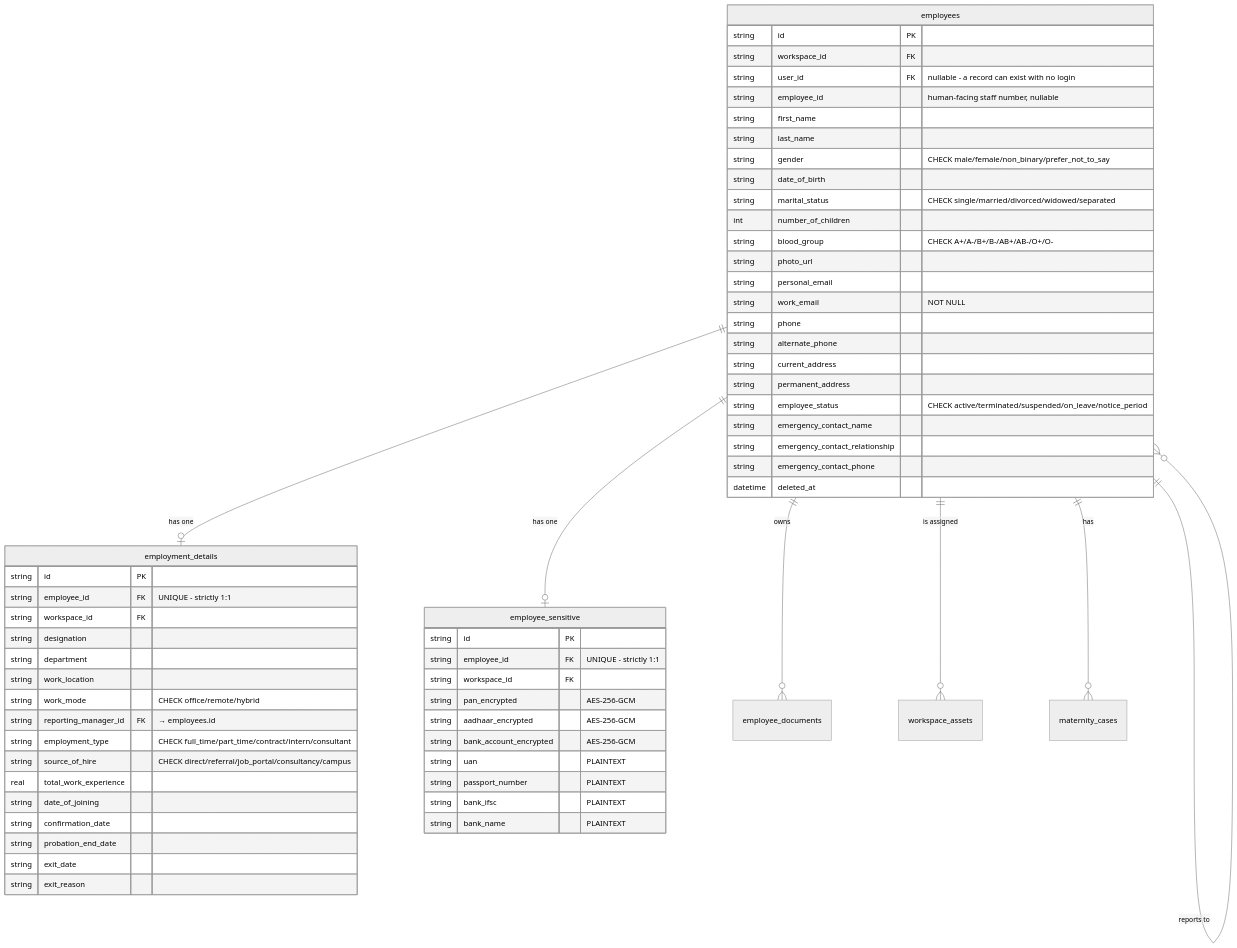
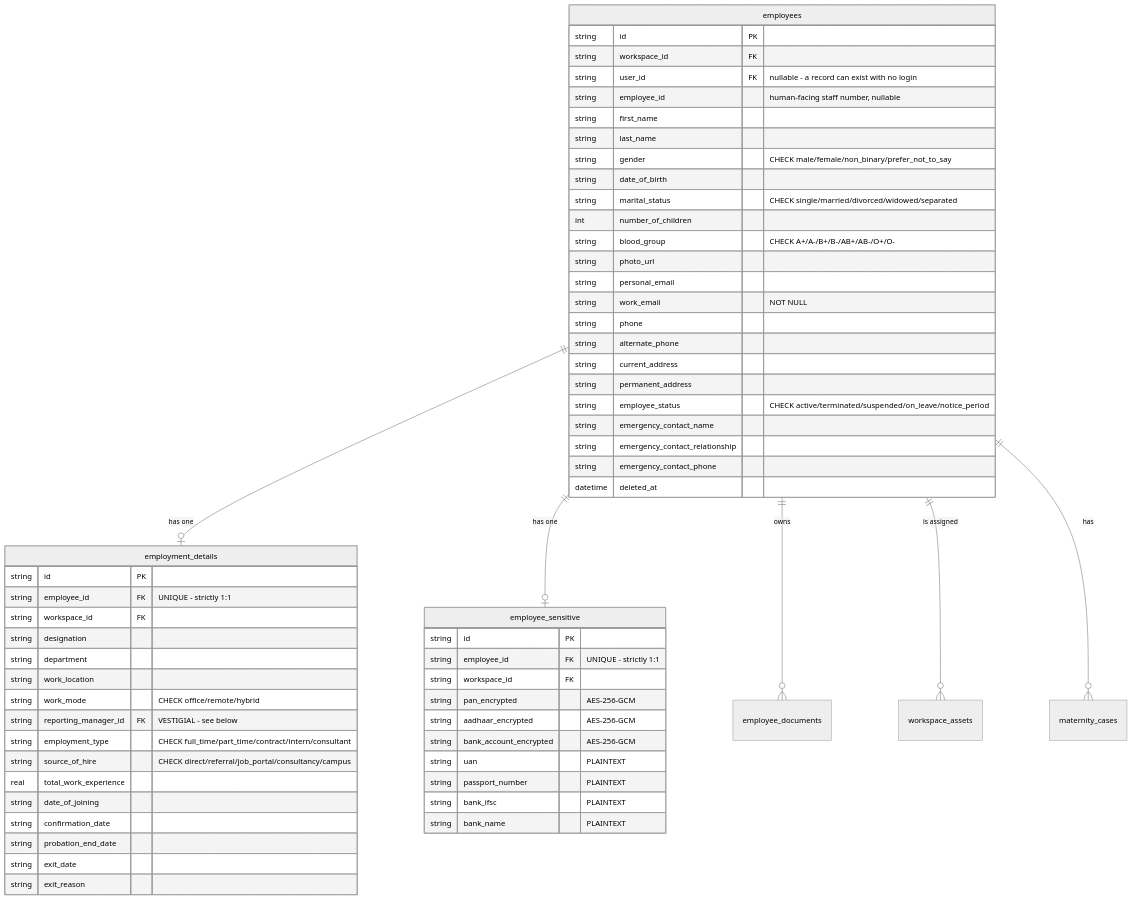
One commit to ksharmaGN/venzio changed the first of 2 diagrams in docs/architecture/employee-records.md. Above: the diagram before and after it, drawn with Mermaid (neutral theme). The commit also changed other lines of this file and 4 other files, not shown here.

Commit message:
docs: resync for the people merge and the reporting hierarchy

````diff
--- a/docs/architecture/employee-records.md
+++ b/docs/architecture/employee-records.md
@@ -17,67 +31,68 @@
 ```mermaid
 erDiagram
   employees {
     string id PK
     string workspace_id FK
     string user_id FK "nullable - a record can exist with no login"
     string employee_id "human-facing staff number, nullable"
     string first_name
     string last_name
     string gender "CHECK male/female/non_binary/prefer_not_to_say"
     string date_of_birth
     string marital_status "CHECK single/married/divorced/widowed/separated"
     int number_of_children
     string blood_group "CHECK A+/A-/B+/B-/AB+/AB-/O+/O-"
     string photo_url
     string personal_email
     string work_email "NOT NULL"
     string phone
     string alternate_phone
     string current_address
     string permanent_address
     string employee_status "CHECK active/terminated/suspended/on_leave/notice_period"
     string emergency_contact_name
     string emergency_contact_relationship
     string emergency_contact_phone
     datetime deleted_at
   }
 
   employment_details {
     string id PK
     string employee_id FK "UNIQUE - strictly 1:1"
     string workspace_id FK
     string designation
     string department
     string work_location
     string work_mode "CHECK office/remote/hybrid"
-    string reporting_manager_id FK "→ employees.id"
+    string reporting_manager_id FK "VESTIGIAL - see below"
     string employment_type "CHECK full_time/part_time/contract/intern/consultant"
     string source_of_hire "CHECK direct/referral/job_portal/consultancy/campus"
     real total_work_experience
     string date_of_joining
     string confirmation_date
     string probation_end_date
     string exit_date
     string exit_reason
   }
 
   employee_sensitive {
     string id PK
     string employee_id FK "UNIQUE - strictly 1:1"
     string workspace_id FK
     string pan_encrypted "AES-256-GCM"
     string aadhaar_encrypted "AES-256-GCM"
     string bank_account_encrypted "AES-256-GCM"
     string uan "PLAINTEXT"
     string passport_number "PLAINTEXT"
     string bank_ifsc "PLAINTEXT"
     string bank_name "PLAINTEXT"
   }
 
   employees ||--o| employment_details : "has one"
   employees ||--o| employee_sensitive : "has one"
   employees ||--o{ employee_documents : "owns"
   employees ||--o{ workspace_assets : "is assigned"
   employees ||--o{ maternity_cases : "has"
-  employees ||--o{ employees : "reports to"
+  %% NOTE: employees no longer report to employees. The reporting line moved to
+  %% workspace_members.manager_user_id - see CLAUDE.md "Reporting hierarchy".
 ```
````
